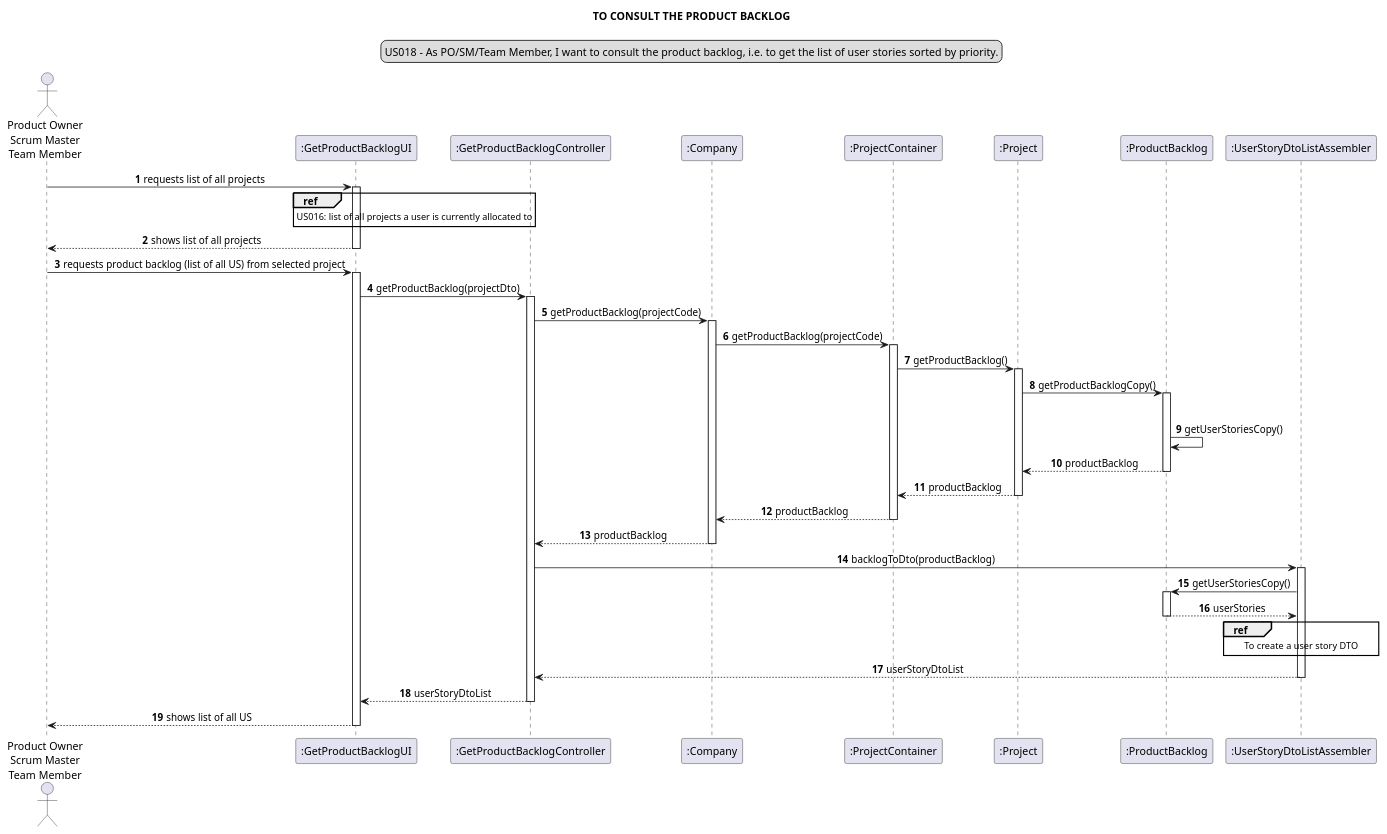
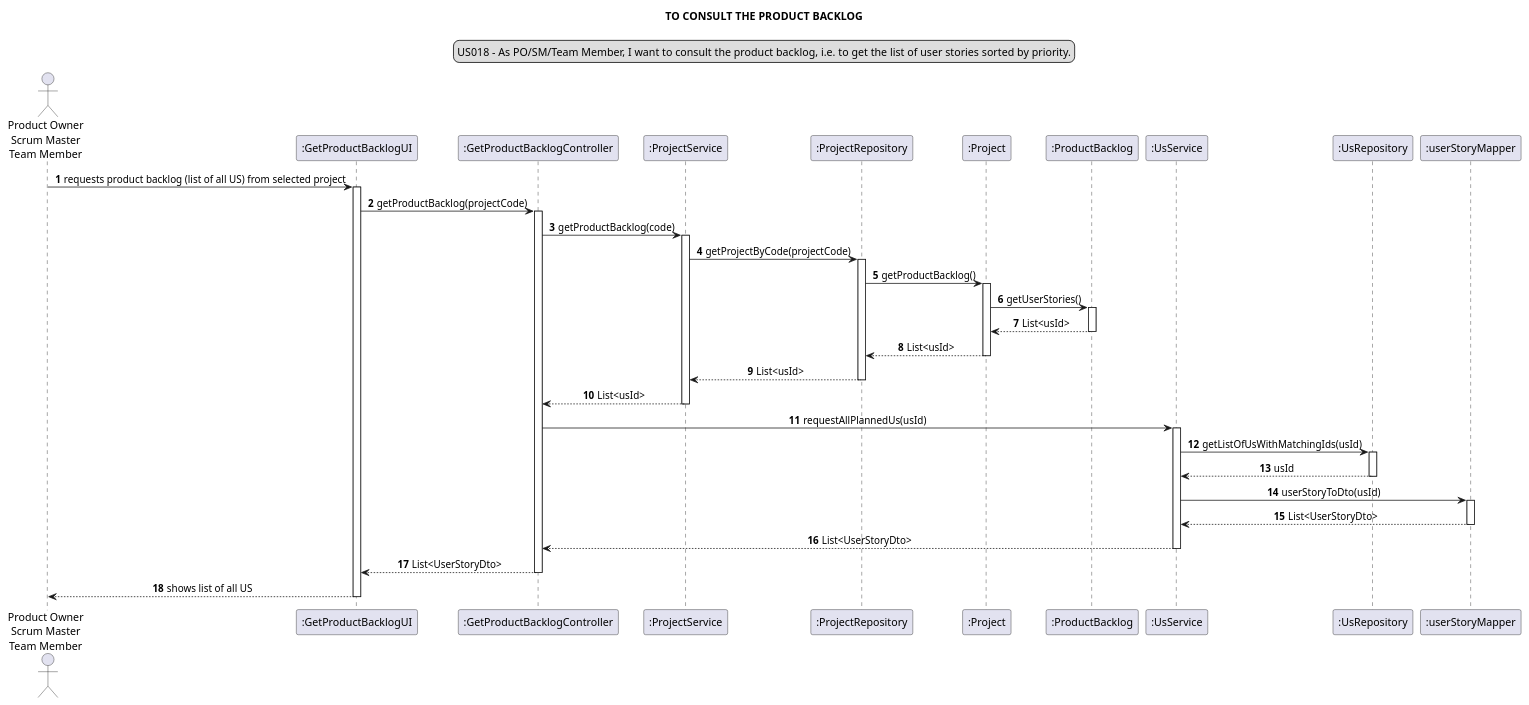
Before and after one commit to Loracline/project_switch_22-23: the diagram in docs/modelling_design/user_stories/sprint03/us018/US018_sequenceDiagram.puml, drawn with PlantUML.

Commit message:
US018 : Design : Update SD , closes #210

```diff
--- a/docs/modelling_design/user_stories/sprint03/us018/US018_sequenceDiagram.puml
+++ b/docs/modelling_design/user_stories/sprint03/us018/US018_sequenceDiagram.puml
@@ -1,67 +1,59 @@
 @startuml
 skinparam sequenceMessageAlign center
 title TO CONSULT THE PRODUCT BACKLOG
 legend top
 US018 - As PO/SM/Team Member, I want to consult the product backlog, i.e. to get the list of user stories sorted by priority.
 end legend
 autonumber
 
 actor "Product Owner\nScrum Master\nTeam Member" as actor
 participant ":GetProductBacklogUI" as ui
 participant ":GetProductBacklogController" as controller
-participant ":Company" as company
-participant ":ProjectContainer" as container
+participant ":ProjectService" as pservice
+participant ":ProjectRepository" as prepo
 participant ":Project" as project
 participant ":ProductBacklog" as backlog
-participant ":UserStoryDtoListAssembler" as assembler
+participant ":UsService" as uservice
+participant ":UsRepository" as usrep
+participant ":userStoryMapper" as usmapper
 
 
-actor -> ui: requests list of all projects
-activate ui
-ref over ui: US016: list of all projects a user is currently allocated to
-
-ui --> actor: shows list of all projects
-deactivate ui
 
 actor -> ui: requests product backlog (list of all US) from selected project
 activate ui
-ui -> controller: getProductBacklog(projectDto)
+ui -> controller: getProductBacklog(projectCode)
 activate controller
-controller -> company: getProductBacklog(projectCode)
-activate company
-company -> container: getProductBacklog(projectCode)
-activate container
-
-container -> project: getProductBacklog()
+controller -> pservice: getProductBacklog(code)
+activate pservice
+pservice -> prepo: getProjectByCode(projectCode)
+activate prepo
+prepo -> project: getProductBacklog()
 activate project
-project -> backlog: getProductBacklogCopy()
-
-loop for each user story in userStories
+project -> backlog: getUserStories()
 activate backlog
-backlog -> backlog: getUserStoriesCopy()
-
-backlog --> project: productBacklog
+backlog --> project: List<usId>
 deactivate backlog
-
-project --> container: productBacklog
+project --> prepo: List<usId>
 deactivate project
-container --> company: productBacklog
-deactivate container
-company --> controller: productBacklog
-deactivate company
-controller -> assembler: backlogToDto(productBacklog)
-activate assembler
-assembler -> backlog: getUserStoriesCopy()
-activate backlog
-backlog --> assembler: userStories
-deactivate backlog
-ref over assembler: To create a user story DTO
-assembler --> controller: userStoryDtoList
-
-deactivate assembler
-controller --> ui: userStoryDtoList
+prepo --> pservice: List<usId>
+deactivate prepo
+pservice --> controller: List<usId>
+deactivate pservice
+controller -> uservice : requestAllPlannedUs(usId)
+activate uservice
+uservice -> usrep : getListOfUsWithMatchingIds(usId)
+activate usrep
+usrep --> uservice : usId
+deactivate usrep
+uservice -> usmapper:  userStoryToDto(usId)
+activate usmapper
+usmapper --> uservice : List<UserStoryDto>
+deactivate usmapper
+uservice --> controller: List<UserStoryDto>
+deactivate uservice
+controller --> ui : List<UserStoryDto>
 deactivate controller
 
 ui --> actor: shows list of all US
 deactivate ui
 @enduml
```
